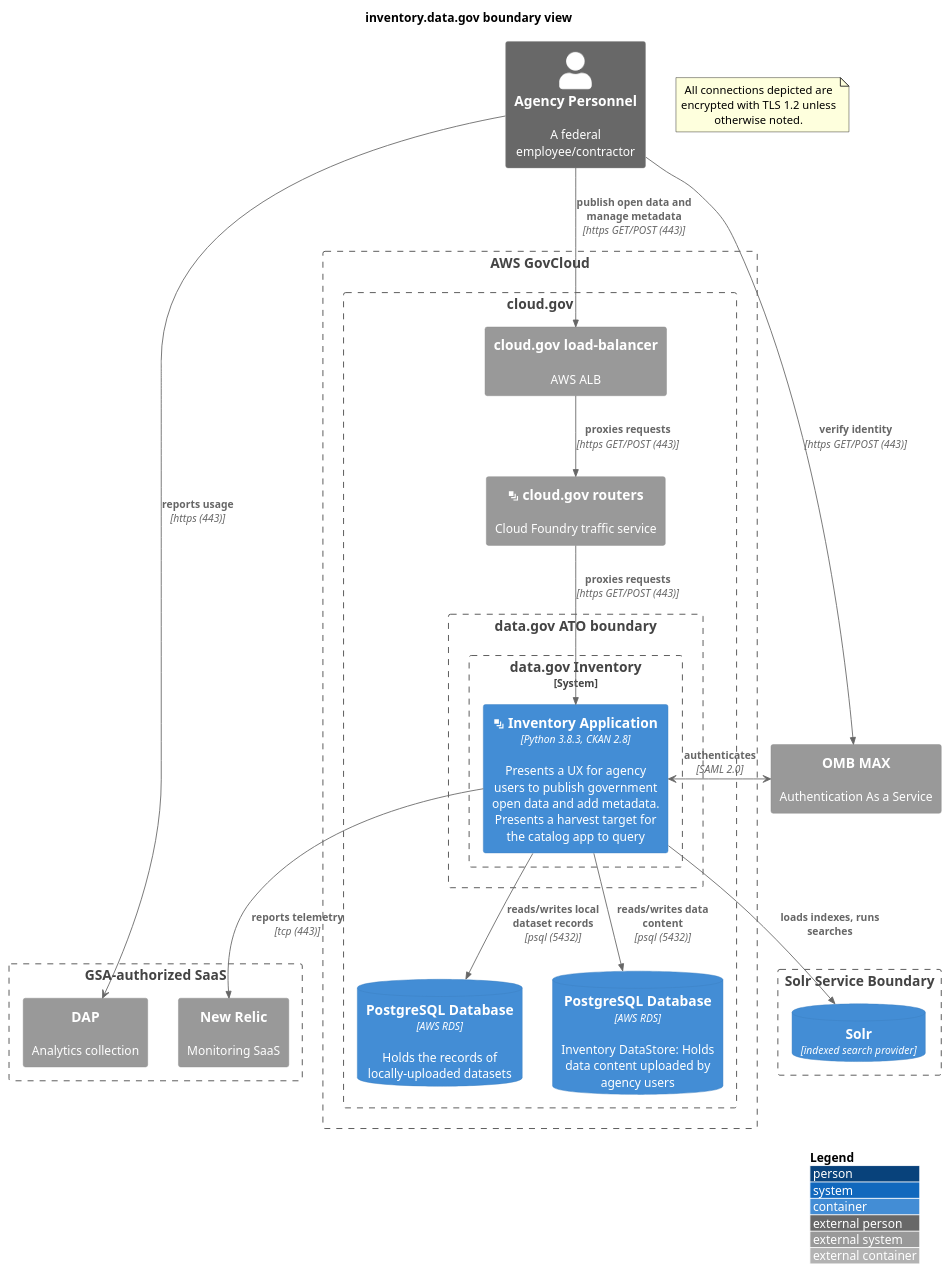
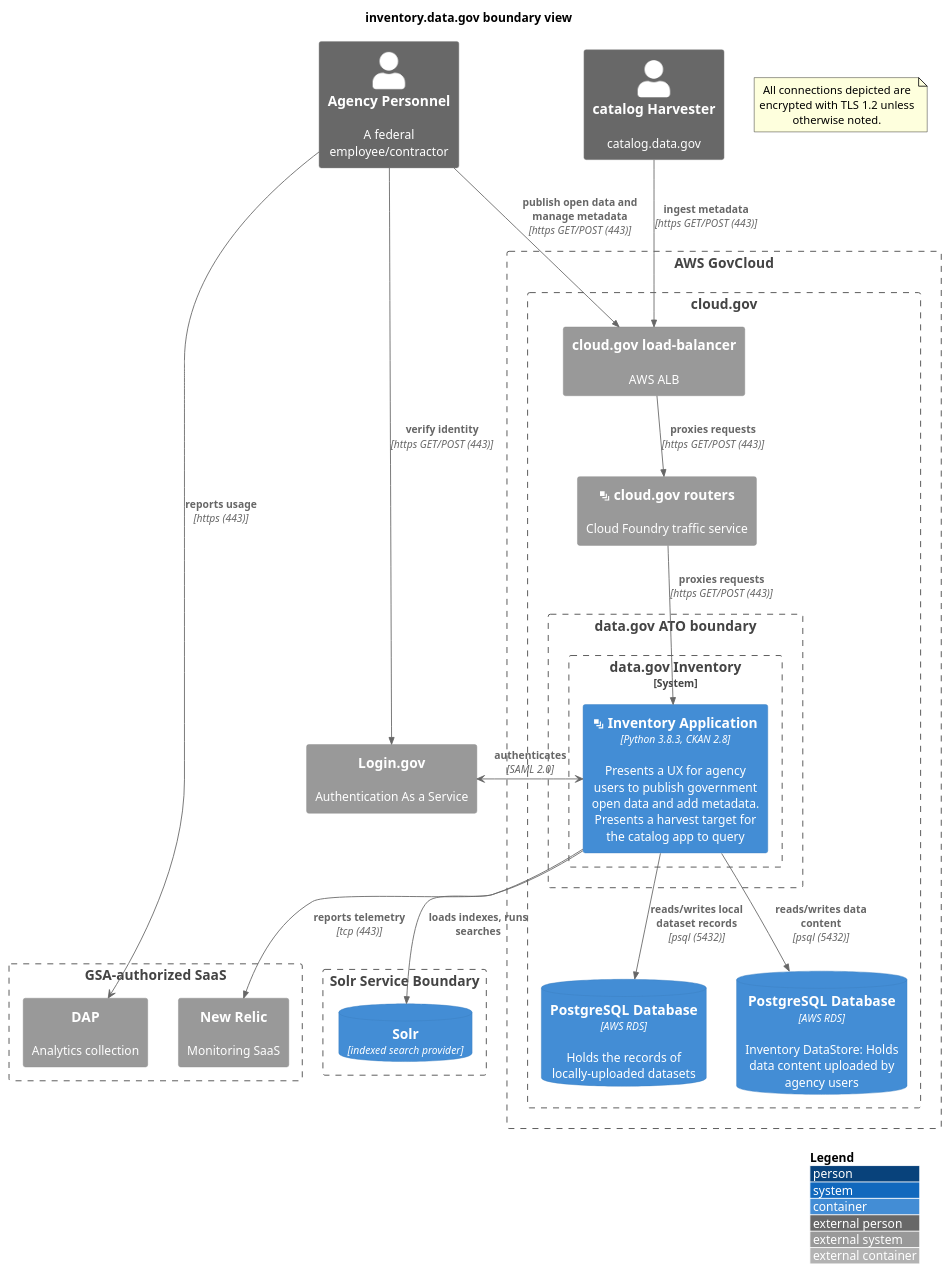
Before and after one commit to GSA/datagov-compliance: the seventh of 12 diagrams in datagov-components-scratchpad.md, drawn with PlantUML. The commit also changed other lines of this file, not shown here.

Commit message:
Add Harvester as a client of inventory in the boundary view

````diff
--- a/datagov-components-scratchpad.md
+++ b/datagov-components-scratchpad.md
@@ -340,45 +340,47 @@
 ```plantuml
 @startuml
-!include https://raw.githubusercontent.com/adrianvlupu/C4-PlantUML/master/C4_Container.puml
+!include https://raw.githubusercontent.com/plantuml-stdlib/C4-PlantUML/master/C4_Container.puml
 ' uncomment the following line and comment the first to use locally
 ' !include C4_Container.puml
 LAYOUT_WITH_LEGEND()
 title inventory.data.gov boundary view
 Person_Ext(personnel, "Agency Personnel", "A federal employee/contractor")
+Person_Ext(harvester, "catalog Harvester", "catalog.data.gov")
 note as EncryptionNote
 All connections depicted are encrypted with TLS 1.2 unless otherwise noted.
 end note
 Boundary(aws, "AWS GovCloud") {
     Boundary(cloudgov, "cloud.gov") {
     	System_Ext(aws_alb, "cloud.gov load-balancer", "AWS ALB")
         System_Ext(cloudgov_router, "<&layers> cloud.gov routers", "Cloud Foundry traffic service")
         Boundary(atob, "data.gov ATO boundary") {
             System_Boundary(inventory, "data.gov Inventory") {
                 Container(inventory_app, "<&layers> Inventory Application", "Python 3.8.3, CKAN 2.8", "Presents a UX for agency users to publish government open data and add metadata. Presents a harvest target for the catalog app to query")
             }
         }
         ContainerDb(inventory_db, "PostgreSQL Database", "AWS RDS", "Holds the records of locally-uploaded datasets")
         ContainerDb(inventory_s3, "PostgreSQL Database", "AWS RDS", "Inventory DataStore: Holds data content uploaded by agency users")
     }
 }
-System_Ext(OMB, "OMB MAX", "Authentication As a Service")
+System_Ext(Login.gov, "Login.gov", "Authentication As a Service")
 Boundary(gsa_saas, "GSA-authorized SaaS") {
 	System_Ext(dap, "DAP", "Analytics collection")
 	System_Ext(newrelic, "New Relic", "Monitoring SaaS")
 }
 personnel -> dap : **reports usage** \n//[https (443)]//
 Rel(inventory_app, newrelic, "reports telemetry", "tcp (443)")
 Rel(personnel, aws_alb, "publish open data and manage metadata", "https GET/POST (443)")
+Rel(harvester, aws_alb, "ingest metadata", "https GET/POST (443)")
 Rel(aws_alb, cloudgov_router, "proxies requests", "https GET/POST (443)")
 Rel(cloudgov_router, inventory_app, "proxies requests", "https GET/POST (443)")
-inventory_app <-> OMB : **authenticates** \n//[SAML 2.0]//
-'Rel(inventory_app, OMB, "authenticates", "SAML 2.0")
-Rel(personnel, OMB, "verify identity", "https GET/POST (443)")
+inventory_app <-> Login.gov : **authenticates** \n//[SAML 2.0]//
+'Rel(inventory_app, Login.gov, "authenticates", "SAML 2.0")
+Rel(personnel, Login.gov, "verify identity", "https GET/POST (443)")
 Rel(inventory_app, inventory_db, "reads/writes local dataset records", "psql (5432)")
 Rel(inventory_app, inventory_s3, "reads/writes data content", "psql (5432)")
 Boundary(solrb, "Solr Service Boundary") {
   ContainerDb(solr, "Solr", "indexed search provider")
 }
 Rel(inventory_app, solr, "loads indexes, runs searches")
 @enduml
 ```
````
